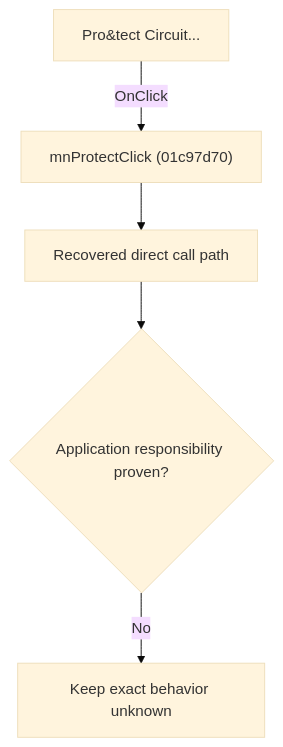
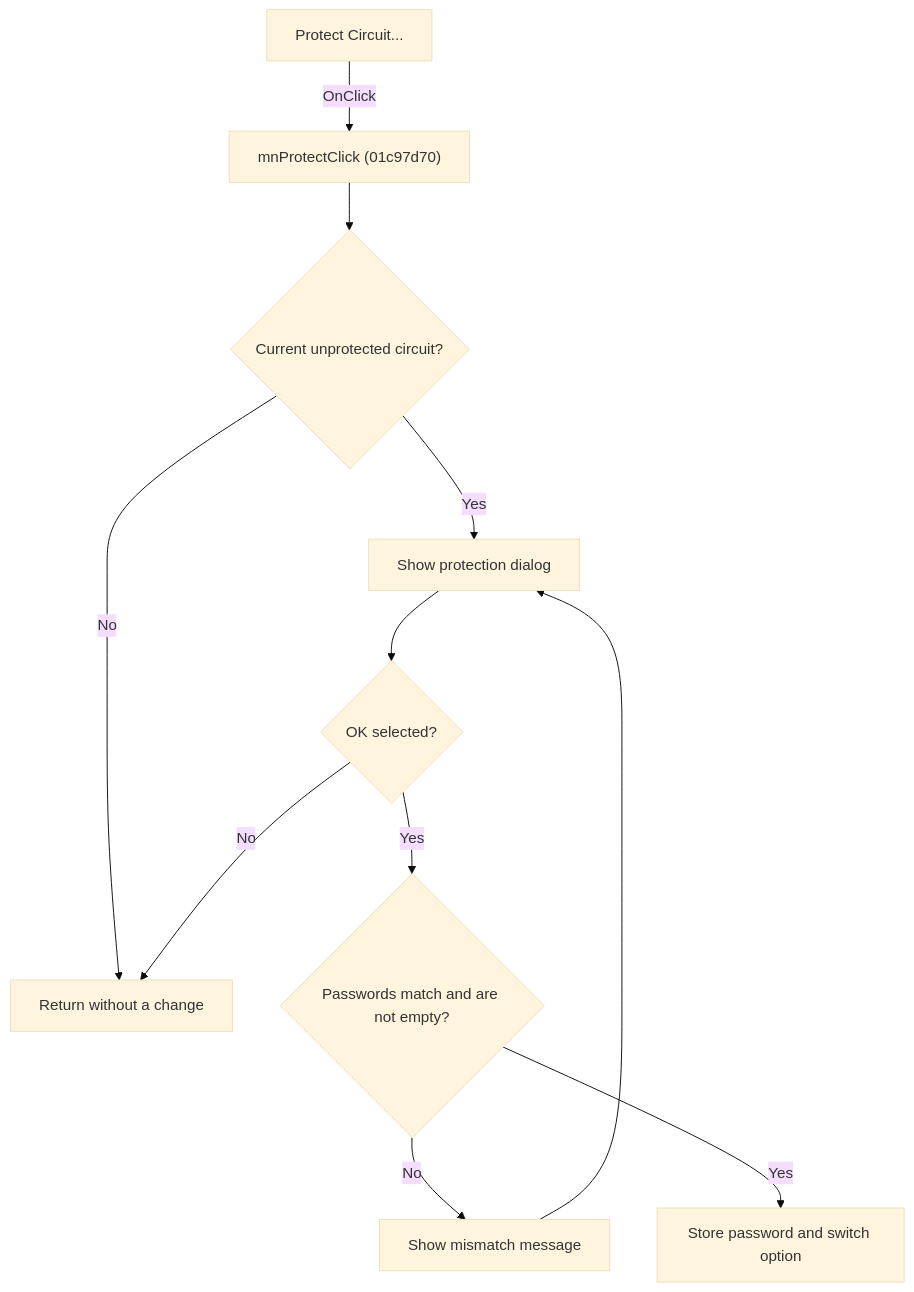
One commit to MovGP0/TIARA changed the diagram in docs/ui-controls/schematiceditor/mnprotect-1efd2e5178.md. Above: the diagram before and after it, drawn with Mermaid (base theme). The commit also changed other lines of this file and 241 other files, not shown here.

````diff
--- a/docs/ui-controls/schematiceditor/mnprotect-1efd2e5178.md
+++ b/docs/ui-controls/schematiceditor/mnprotect-1efd2e5178.md
@@ -27,7 +29,13 @@
 ```mermaid
 flowchart TD
-    control["Pro&tect Circuit..."] -->|"OnClick"| handler["mnProtectClick (01c97d70)"]
-    handler --> recovered["Recovered direct call path"]
-    recovered --> gap{"Application responsibility proven?"}
-    gap -->|"No"| blocked["Keep exact behavior unknown"]
+    control["Protect Circuit..."] -->|OnClick| handler["mnProtectClick (01c97d70)"]
+    handler --> eligible{"Current unprotected circuit?"}
+    eligible -->|No| done["Return without a change"]
+    eligible -->|Yes| dialog["Show protection dialog"]
+    dialog --> accepted{"OK selected?"}
+    accepted -->|No| done
+    accepted -->|Yes| valid{"Passwords match and are not empty?"}
+    valid -->|No| error["Show mismatch message"]
+    error --> dialog
+    valid -->|Yes| store["Store password and switch option"]
 ```
````
